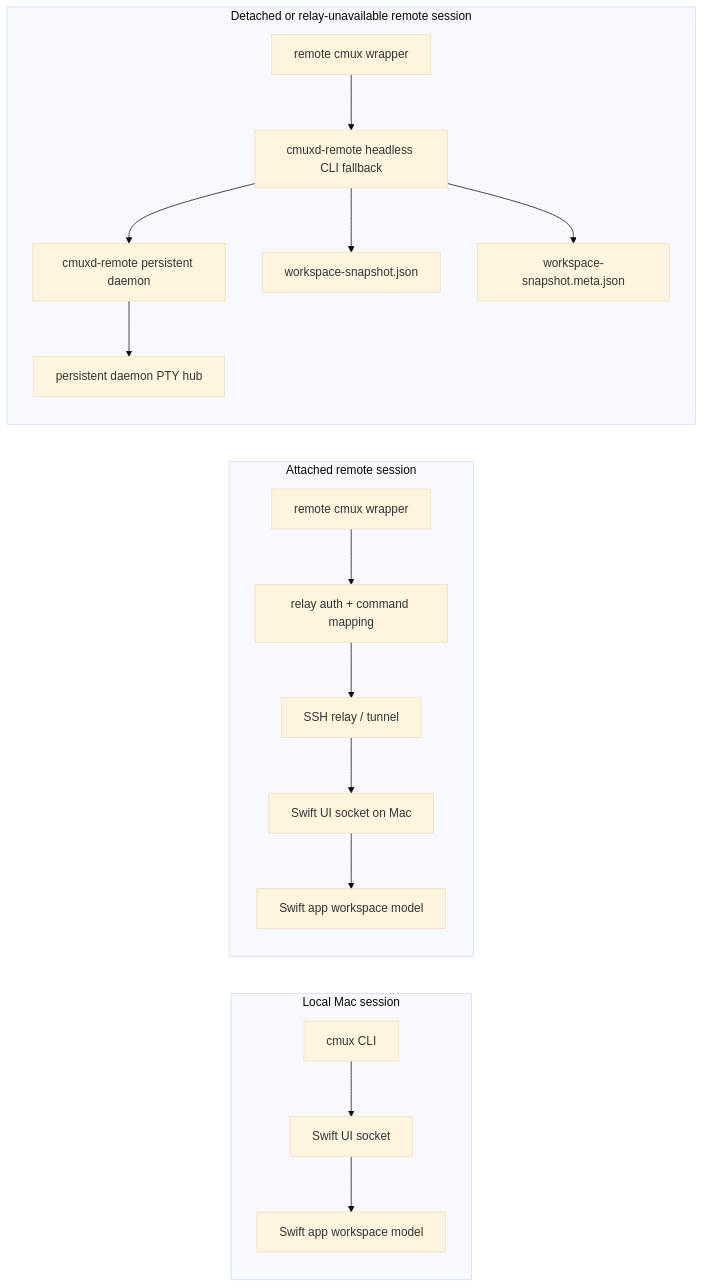
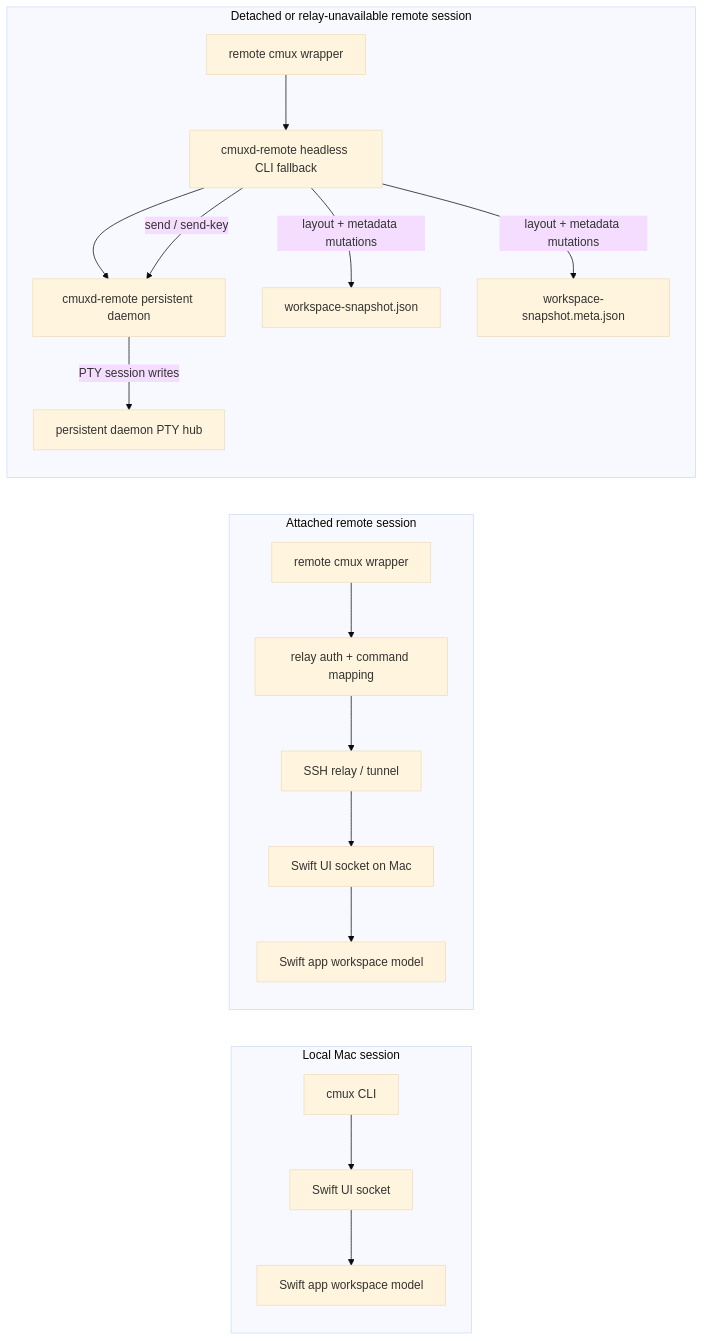
Before and after one commit to edbordin-linktree/cmux: the first of 4 diagrams in docs/remote-workspace-detached-metadata-plan.md, drawn with Mermaid (base theme). The commit also changed other lines of this file and 6 other files, not shown here.

Commit message:
Support detached terminal input via daemon PTY RPCs

````diff
--- a/docs/remote-workspace-detached-metadata-plan.md
+++ b/docs/remote-workspace-detached-metadata-plan.md
@@ -62,32 +64,33 @@
 ```mermaid
 flowchart LR
   subgraph Local["Local Mac session"]
     LCLI["cmux CLI"]
     LSocket["Swift UI socket"]
     LUI["Swift app workspace model"]
     LCLI --> LSocket --> LUI
   end
 
   subgraph Attached["Attached remote session"]
     RCLI["remote cmux wrapper"]
     RelayAuth["relay auth + command mapping"]
     SSHRelay["SSH relay / tunnel"]
     ASocket["Swift UI socket on Mac"]
     AUI["Swift app workspace model"]
     RCLI --> RelayAuth --> SSHRelay --> ASocket --> AUI
   end
 
   subgraph Detached["Detached or relay-unavailable remote session"]
     DCLI["remote cmux wrapper"]
     Headless["cmuxd-remote headless CLI fallback"]
     SlotDaemon["cmuxd-remote persistent daemon"]
     Snapshot["workspace-snapshot.json"]
     Meta["workspace-snapshot.meta.json"]
     PTY["persistent daemon PTY hub"]
     DCLI --> Headless
     Headless --> SlotDaemon
-    SlotDaemon --> PTY
-    Headless --> Snapshot
-    Headless --> Meta
+    Headless -->|layout + metadata mutations| Snapshot
+    Headless -->|layout + metadata mutations| Meta
+    Headless -->|send / send-key| SlotDaemon
+    SlotDaemon -->|PTY session writes| PTY
   end
 ```
````
